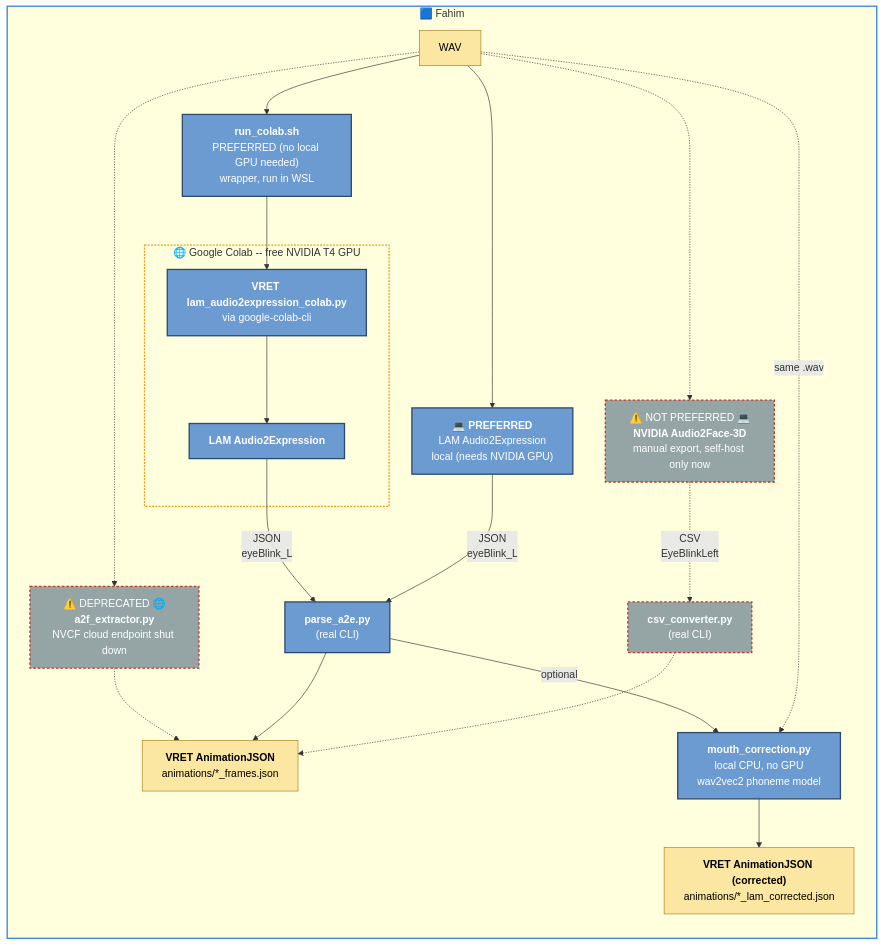
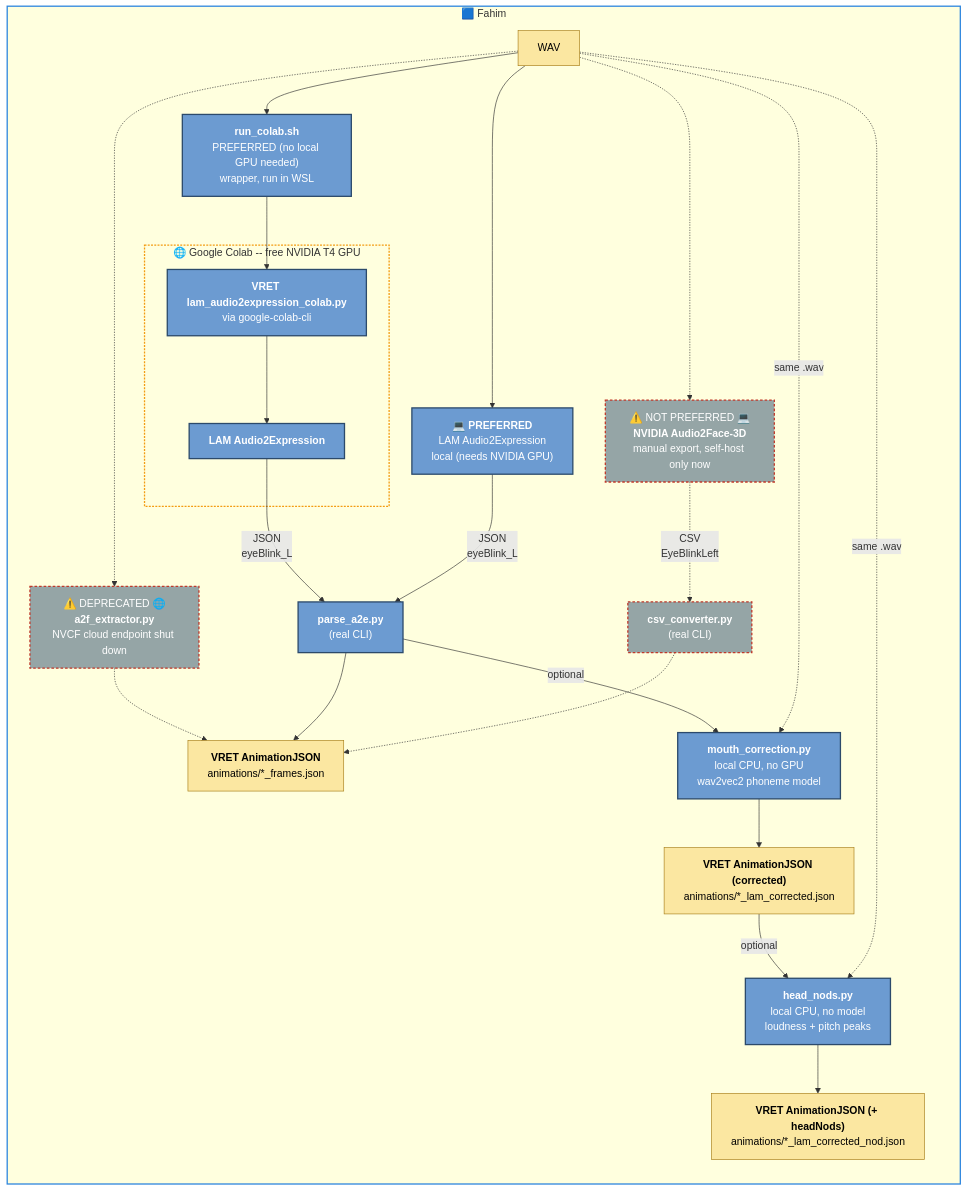
The fifth of 8 diagrams in docs/TECH_PIPELINE.md (SBU-VRET/VRET-Project), drawn with Mermaid before and after one commit. The commit also changed other lines of this file and 7 other files, not shown here.

````diff
--- a/docs/TECH_PIPELINE.md
+++ b/docs/TECH_PIPELINE.md
@@ -169,29 +172,32 @@
 ```mermaid
 flowchart LR
     subgraph S4["🟦 Fahim"]
     WAV --> RunColabSH["<b>run_colab.sh</b><br/>PREFERRED (no local GPU needed)<br/>wrapper, run in WSL"]
     subgraph ColabVM["🌐 Google Colab -- free NVIDIA T4 GPU"]
     LAMColabCLI["<b>VRET lam_audio2expression_colab.py</b><br/>via google-colab-cli"] --> LAMColabTool["<b>LAM Audio2Expression</b>"]
     end
     RunColabSH --> LAMColabCLI
     LAMColabTool -->|"JSON<br/>eyeBlink_L"| ParseA2E["<b>parse_a2e.py</b><br/>(real CLI)"]
     WAV --> LAMLocal["💻 <b>PREFERRED</b><br/>LAM Audio2Expression<br/>local (needs NVIDIA GPU)"] -->|"JSON<br/>eyeBlink_L"| ParseA2E
     WAV -.-> A2FDirect["⚠️ DEPRECATED 🌐<br/><b>a2f_extractor.py</b><br/>NVCF cloud endpoint shut down"] -.-> RuntimeJSON["<b>VRET AnimationJSON</b><br/>animations/*_frames.json"]
     WAV -.-> A2F["⚠️ NOT PREFERRED 💻<br/><b>NVIDIA Audio2Face-3D</b><br/>manual export, self-host only now"] -.->|"CSV<br/>EyeBlinkLeft"| CSVConv["<b>csv_converter.py</b><br/>(real CLI)"]
     ParseA2E --> RuntimeJSON
     ParseA2E -->|"optional"| MouthCorr["<b>mouth_correction.py</b><br/>local CPU, no GPU<br/>wav2vec2 phoneme model"]
     WAV -.->|"same .wav"| MouthCorr
     MouthCorr --> CorrectedJSON["<b>VRET AnimationJSON (corrected)</b><br/>animations/*_lam_corrected.json"]
+    CorrectedJSON -->|"optional"| HeadNods["<b>head_nods.py</b><br/>local CPU, no model<br/>loudness + pitch peaks"]
+    WAV -.->|"same .wav"| HeadNods
+    HeadNods --> NodJSON["<b>VRET AnimationJSON (+ headNods)</b><br/>animations/*_lam_corrected_nod.json"]
     CSVConv -.-> RuntimeJSON
     end
 
     style S4 stroke:#2E86DE,stroke-width:2px
     style ColabVM stroke:#F39C12,stroke-width:2px,stroke-dasharray: 3 2
     classDef tool fill:#6c9bd1,stroke:#2c4a6b,stroke-width:2px,color:#fff;
     classDef deprecated fill:#95a5a6,stroke:#c0392b,stroke-width:2px,color:#fff,stroke-dasharray: 4 3;
     classDef artifact fill:#fbe7a1,stroke:#a87f1a,stroke-width:1px,color:#000;
-    class RunColabSH,LAMColabCLI,LAMColabTool,LAMLocal,ParseA2E,MouthCorr tool
-    class CorrectedJSON artifact
+    class RunColabSH,LAMColabCLI,LAMColabTool,LAMLocal,ParseA2E,MouthCorr,HeadNods tool
+    class CorrectedJSON,NodJSON artifact
     class A2F,A2FDirect,CSVConv deprecated
     class WAV,RuntimeJSON artifact
 ```
````
